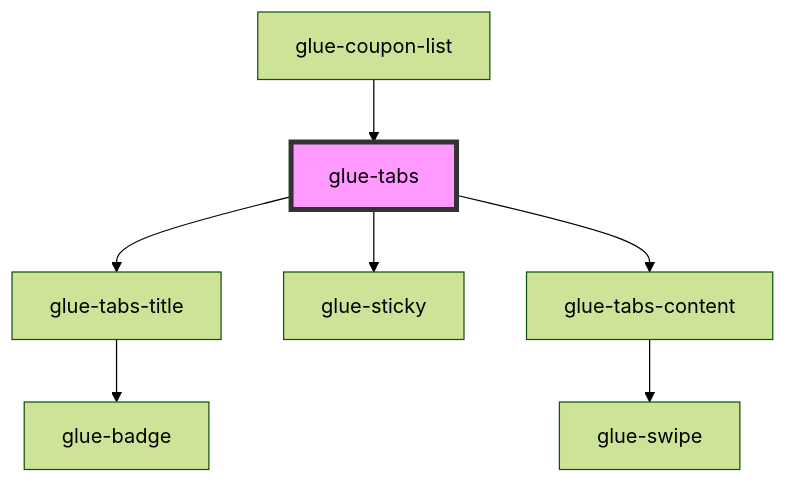
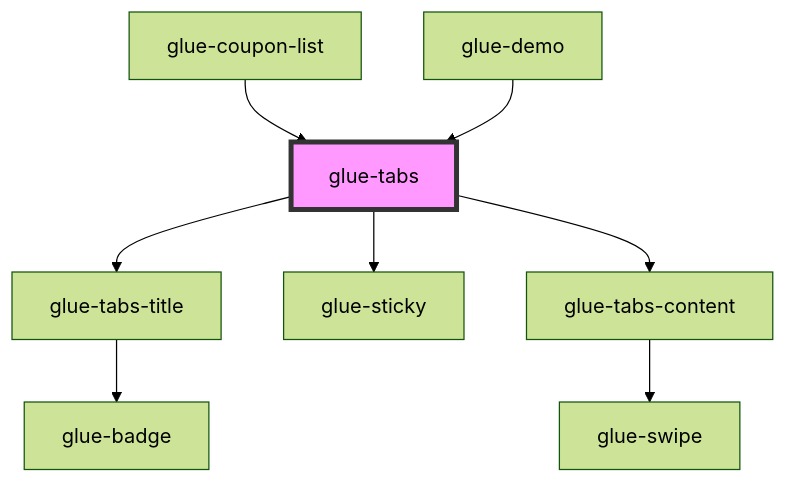
The diagram in packages/glue-components/src/components/glue-tabs/readme.md (grasilife/glue), drawn with Mermaid (forest theme) before and after one commit. The commit also changed other lines of this file and 29 other files, not shown here.

Commit message:
完善Icon 图标文档

````diff
--- a/packages/glue-components/src/components/glue-tabs/readme.md
+++ b/packages/glue-components/src/components/glue-tabs/readme.md
@@ -46,10 +47,11 @@
 ```mermaid
 graph TD;
   glue-tabs --> glue-tabs-title
   glue-tabs --> glue-sticky
   glue-tabs --> glue-tabs-content
   glue-tabs-title --> glue-badge
   glue-tabs-content --> glue-swipe
   glue-coupon-list --> glue-tabs
+  glue-demo --> glue-tabs
   style glue-tabs fill:#f9f,stroke:#333,stroke-width:4px
 ```
````
